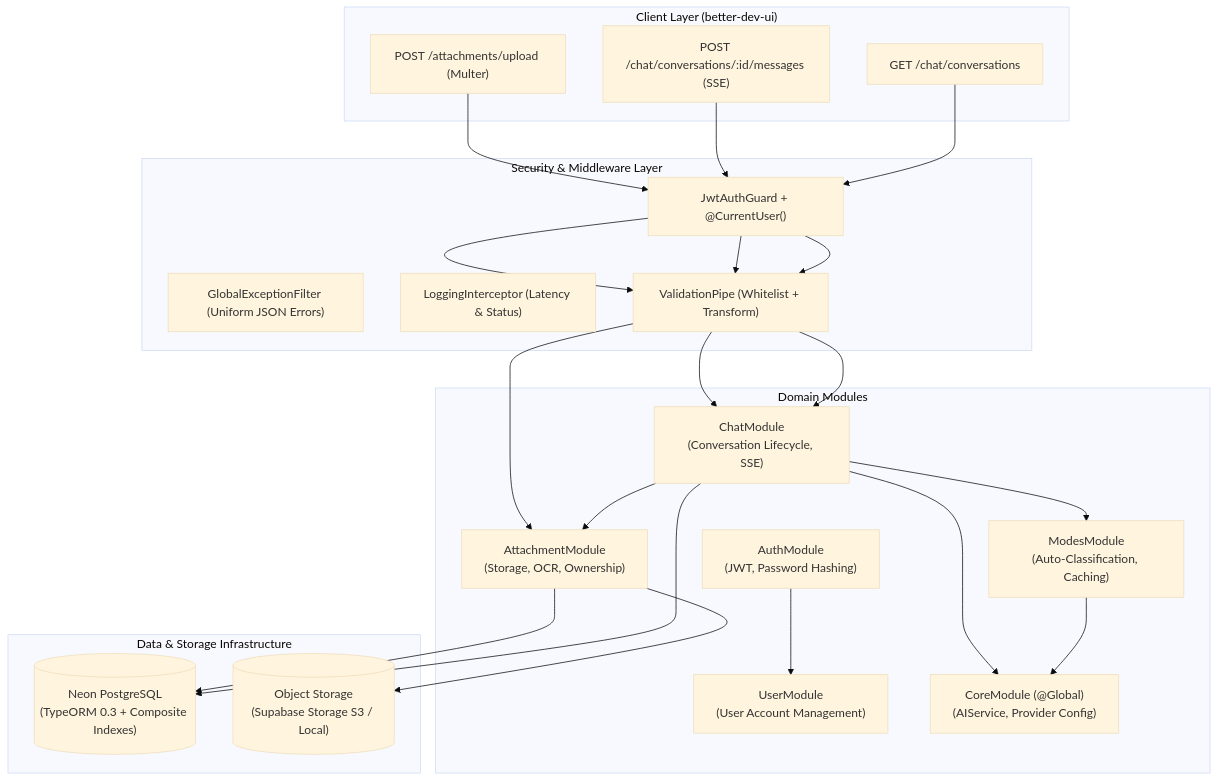
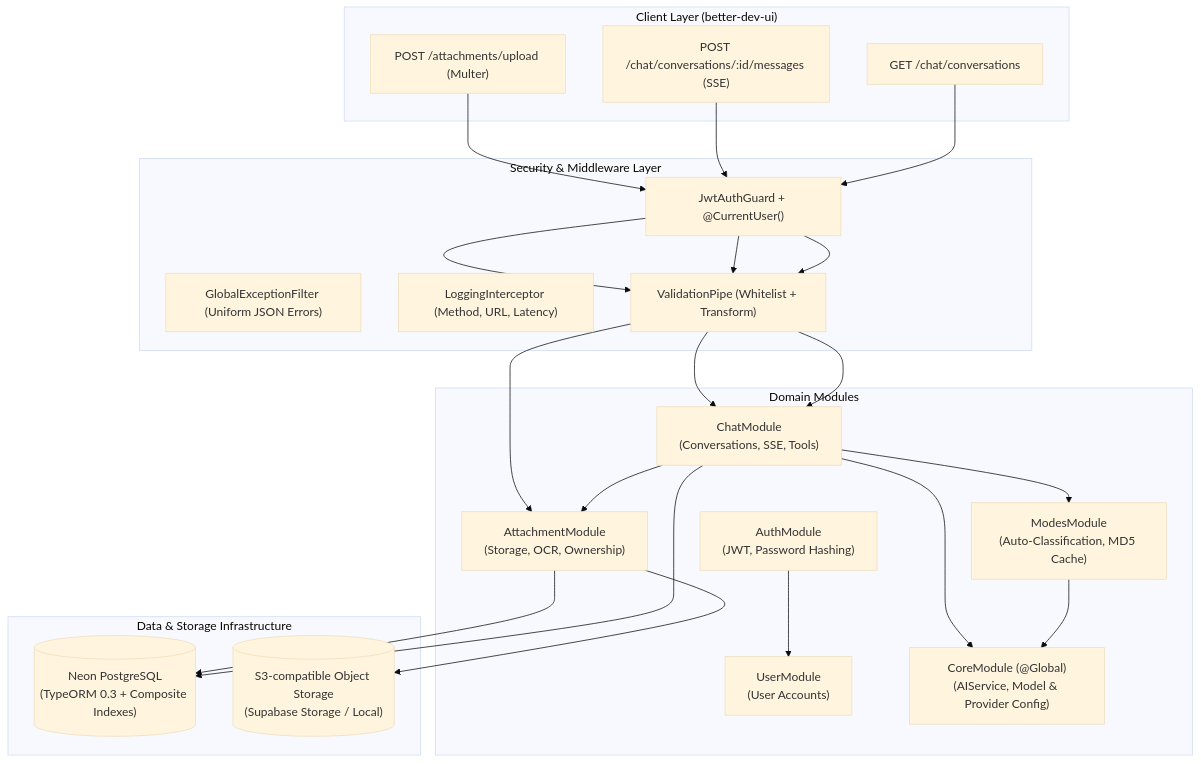
Before and after one commit to Kashif-Rezwi/better-dev-api: the diagram in README.md, drawn with Mermaid (base theme). The commit also changed other lines of this file and 2 other files, not shown here.

Commit message:
docs: align README and architecture docs with current implementation; run Jest tests in CI

````diff
--- a/README.md
+++ b/README.md
@@ -48,43 +25,43 @@
 ```mermaid
 graph TD
     subgraph Client_Layer["Client Layer (better-dev-ui)"]
         UI_Upload["POST /attachments/upload (Multer)"]
         UI_Chat["POST /chat/conversations/:id/messages (SSE)"]
         UI_List["GET /chat/conversations"]
     end
 
     subgraph Security_Middleware["Security & Middleware Layer"]
         Guard["JwtAuthGuard + @CurrentUser()"]
         Filter["GlobalExceptionFilter (Uniform JSON Errors)"]
-        Logging["LoggingInterceptor (Latency & Status)"]
+        Logging["LoggingInterceptor (Method, URL, Latency)"]
         Validation["ValidationPipe (Whitelist + Transform)"]
     end
 
     subgraph Domain_Modules["Domain Modules"]
         AuthM["AuthModule<br/>(JWT, Password Hashing)"]
-        UserM["UserModule<br/>(User Account Management)"]
+        UserM["UserModule<br/>(User Accounts)"]
         AttachM["AttachmentModule<br/>(Storage, OCR, Ownership)"]
-        ChatM["ChatModule<br/>(Conversation Lifecycle, SSE)"]
-        ModesM["ModesModule<br/>(Auto-Classification, Caching)"]
-        CoreM["CoreModule (@Global)<br/>(AIService, Provider Config)"]
+        ChatM["ChatModule<br/>(Conversations, SSE, Tools)"]
+        ModesM["ModesModule<br/>(Auto-Classification, MD5 Cache)"]
+        CoreM["CoreModule (@Global)<br/>(AIService, Model & Provider Config)"]
     end
 
     subgraph Data_Storage["Data & Storage Infrastructure"]
         Postgres[("Neon PostgreSQL<br/>(TypeORM 0.3 + Composite Indexes)")]
-        Storage[("Object Storage<br/>(Supabase Storage S3 / Local)")]
+        Storage[("S3-compatible Object Storage<br/>(Supabase Storage / Local)")]
     end
 
     UI_Upload --> Guard --> Validation --> AttachM
     UI_Chat --> Guard --> Validation --> ChatM
     UI_List --> Guard --> Validation --> ChatM
 
     AuthM --> UserM
     AttachM --> Postgres
     AttachM --> Storage
 
     ChatM --> ModesM
     ChatM --> AttachM
     ChatM --> CoreM
     ChatM --> Postgres
     ModesM --> CoreM
 ```
````
